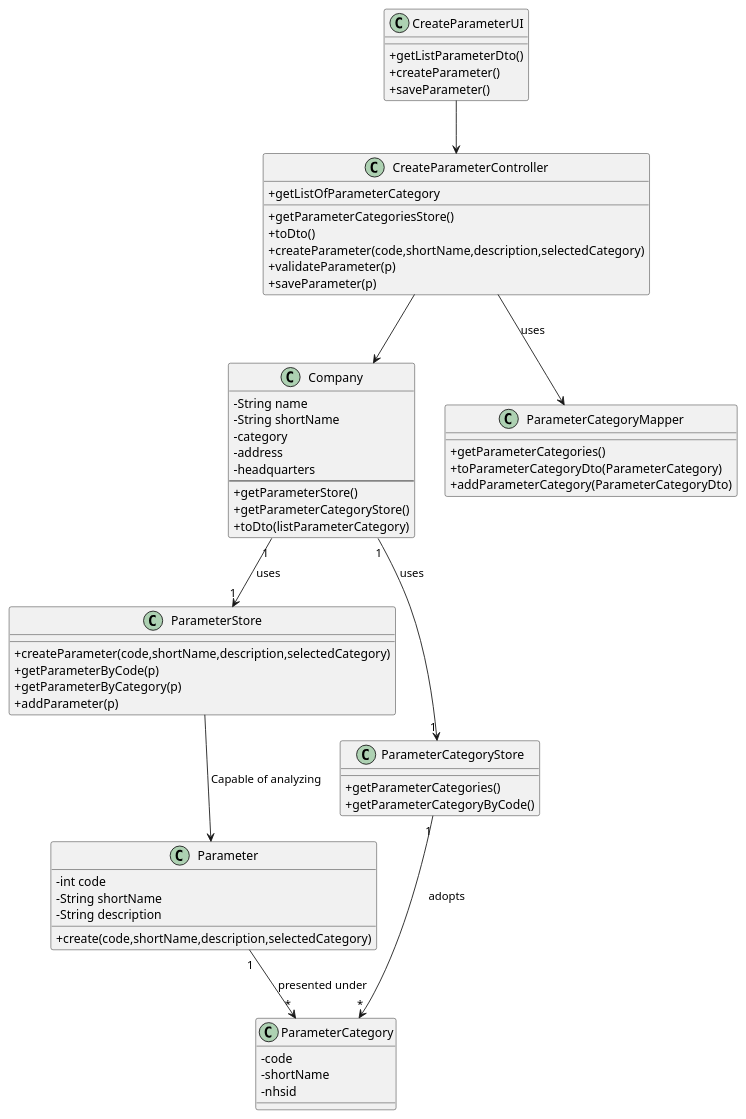
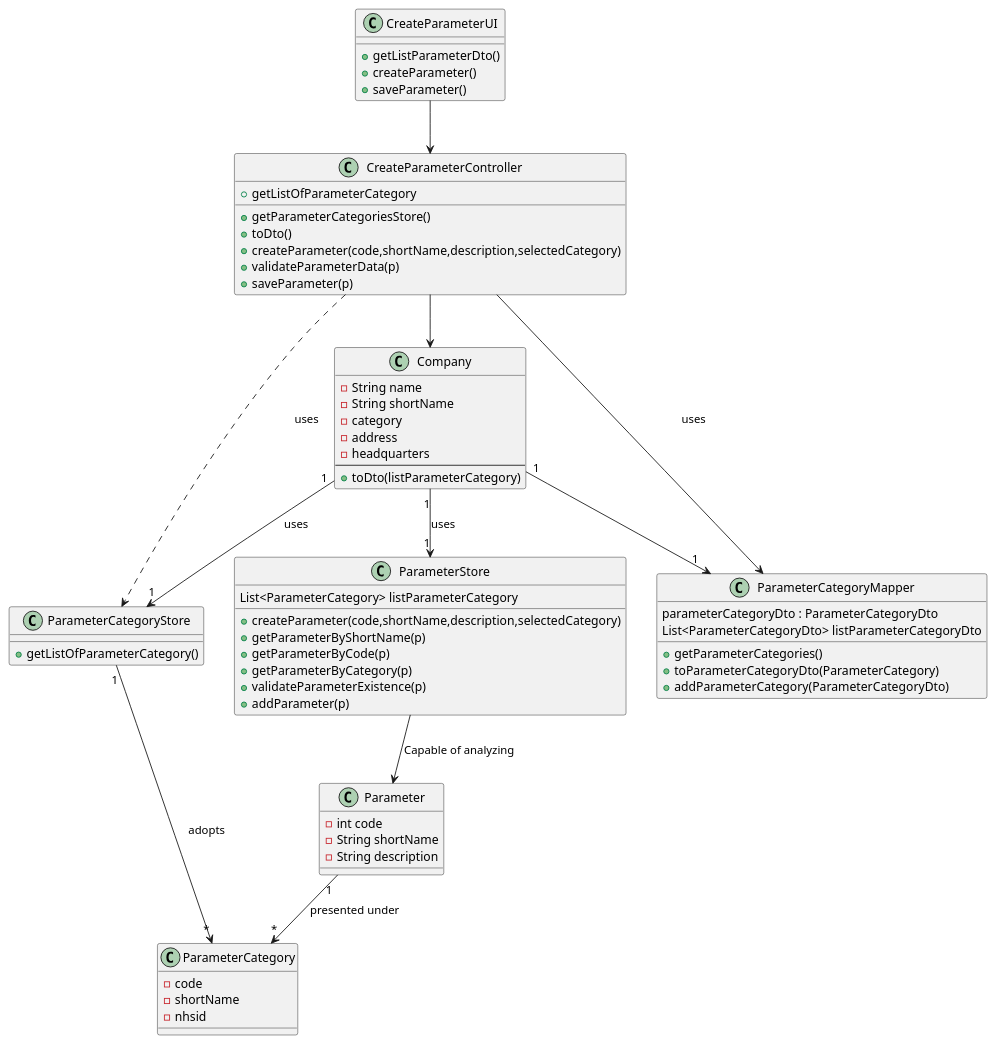
The diagram in docs/SprintB/US10/US10_CD.puml (manu-07-ela/LAPR2_ISEP), drawn with PlantUML before and after one commit. The commit also changed 2 other files, not shown here.

Commit message:
US10 - Corrections on the Classes Diagram (CD)

```diff
--- a/docs/SprintB/US10/US10_CD.puml
+++ b/docs/SprintB/US10/US10_CD.puml
@@ -1,73 +1,78 @@
 @startuml
-skinparam classAttributeIconSize 0
 
 class CreateParameterUI{
 +getListParameterDto()
 +createParameter()
 +saveParameter()
 }
 
 class CreateParameterController{
 +getParameterCategoriesStore()
 +getListOfParameterCategory
 +toDto()
 +createParameter(code,shortName,description,selectedCategory)
-+validateParameter(p)
++validateParameterData(p)
 +saveParameter(p)
 }
 
 class Company{
 -String name
 -String shortName
 -category
 -address
 -headquarters
 --
-+getParameterStore()
-+getParameterCategoryStore()
 +toDto(listParameterCategory)
 }
 
 class ParameterStore {
 +createParameter(code,shortName,description,selectedCategory)
++getParameterByShortName(p)
 +getParameterByCode(p)
 +getParameterByCategory(p)
++validateParameterExistence(p)
 +addParameter(p)
+
+List<ParameterCategory> listParameterCategory
+
 }
 
 class ParameterCategoryStore {
-+getParameterCategories()
-+getParameterCategoryByCode()
++getListOfParameterCategory()
 }
 
 class Parameter{
 - int code
 - String shortName
 - String description
-+ create(code,shortName,description,selectedCategory)
 }
 
 class ParameterCategory{
 - code
 - shortName
 - nhsid
 }
 
 class ParameterCategoryMapper{
 +getParameterCategories()
 +toParameterCategoryDto(ParameterCategory)
 +addParameterCategory(ParameterCategoryDto)
 
+parameterCategoryDto : ParameterCategoryDto
+List<ParameterCategoryDto> listParameterCategoryDto
+
 }
 
 
 CreateParameterUI --> CreateParameterController
 CreateParameterController --> Company
 CreateParameterController --> ParameterCategoryMapper : uses
+CreateParameterController ..> ParameterCategoryStore : uses
 Company "1" --> "1" ParameterStore : uses
+Company "1" --> "1" ParameterCategoryMapper
 Company "1" --> "1" ParameterCategoryStore : uses
 ParameterStore --> Parameter : Capable of analyzing
 ParameterCategoryStore "1" --> "*" ParameterCategory : adopts
 Parameter "1" --> "*" ParameterCategory : presented under
 
 @enduml
```
